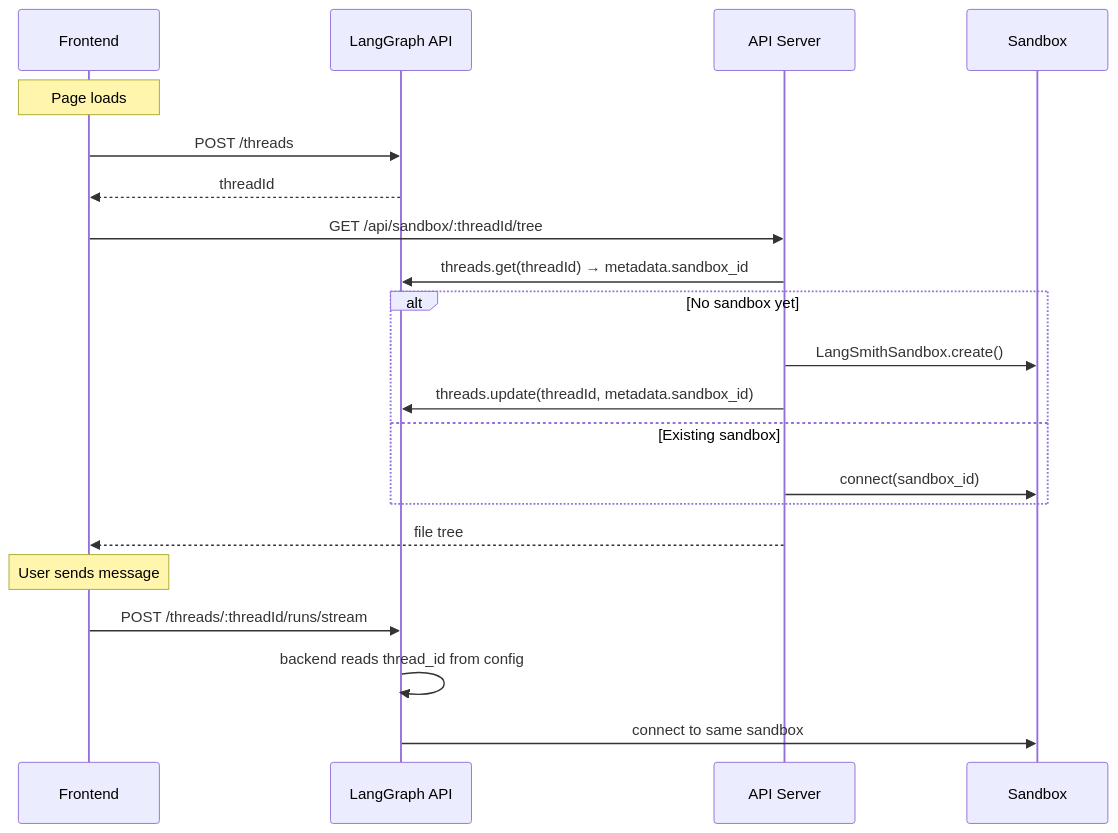
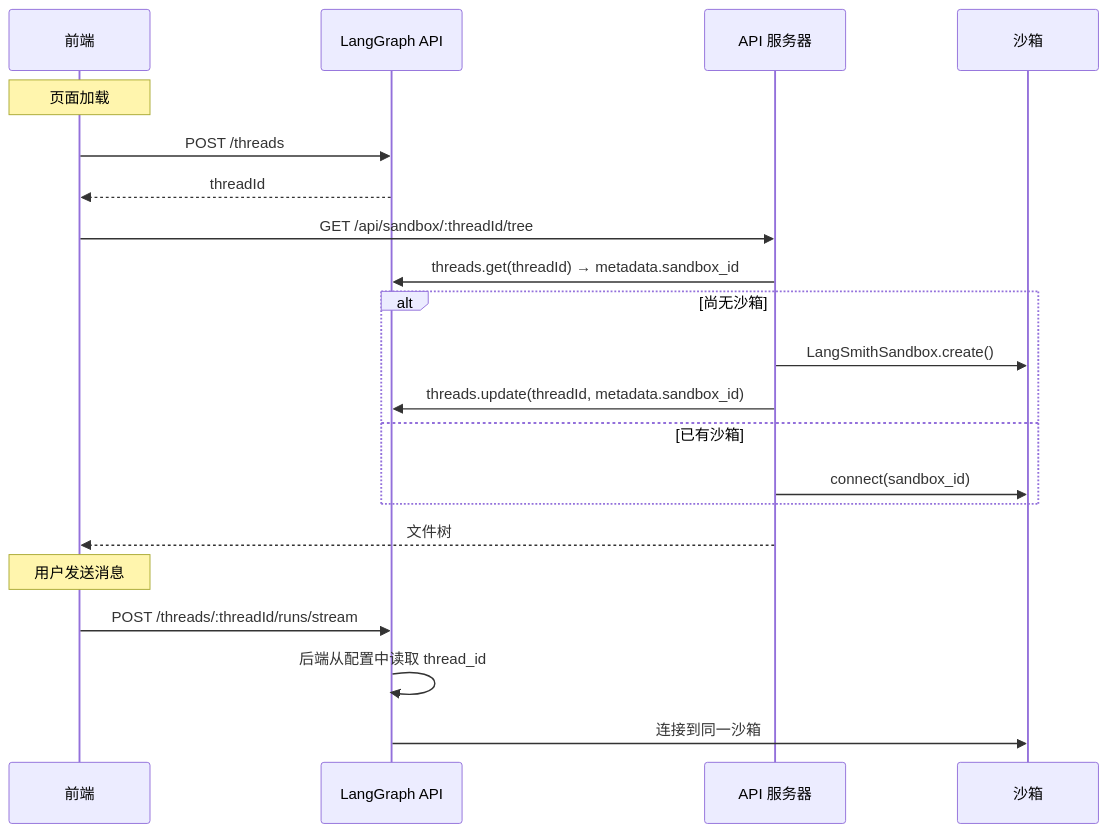
The second of 2 diagrams in oss/javascript/deepagents/frontend/sandbox.mdx (kunfan96/cndocs-langchain), drawn with Mermaid before and after one commit. The commit also changed other lines of this file and 2498 other files, not shown here.

````diff
--- a/oss/javascript/deepagents/frontend/sandbox.mdx
+++ b/oss/javascript/deepagents/frontend/sandbox.mdx
@@ -81,26 +64,26 @@
 ```mermaid
 sequenceDiagram
-    participant FE as Frontend
+    participant FE as 前端
     participant LG as LangGraph API
-    participant HTTP as API Server
-    participant SB as Sandbox
+    participant HTTP as API 服务器
+    participant SB as 沙箱
 
-    Note over FE: Page loads
+    Note over FE: 页面加载
     FE->>LG: POST /threads
     LG-->>FE: threadId
 
     FE->>HTTP: GET /api/sandbox/:threadId/tree
     HTTP->>LG: threads.get(threadId) → metadata.sandbox_id
-    alt No sandbox yet
+    alt 尚无沙箱
         HTTP->>SB: LangSmithSandbox.create()
         HTTP->>LG: threads.update(threadId, metadata.sandbox_id)
-    else Existing sandbox
+    else 已有沙箱
         HTTP->>SB: connect(sandbox_id)
     end
-    HTTP-->>FE: file tree
+    HTTP-->>FE: 文件树
 
-    Note over FE: User sends message
+    Note over FE: 用户发送消息
     FE->>LG: POST /threads/:threadId/runs/stream
-    LG->>LG: backend reads thread_id from config
-    LG->>SB: connect to same sandbox
+    LG->>LG: 后端从配置中读取 thread_id
+    LG->>SB: 连接到同一沙箱
 ```
````
